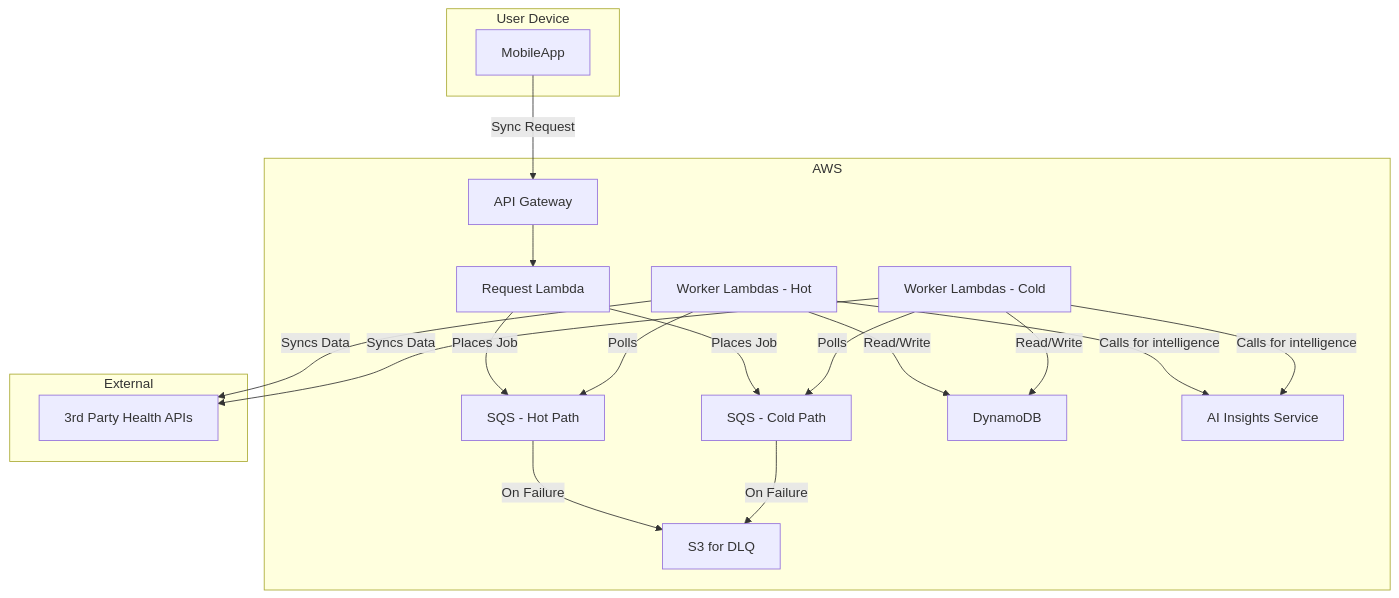
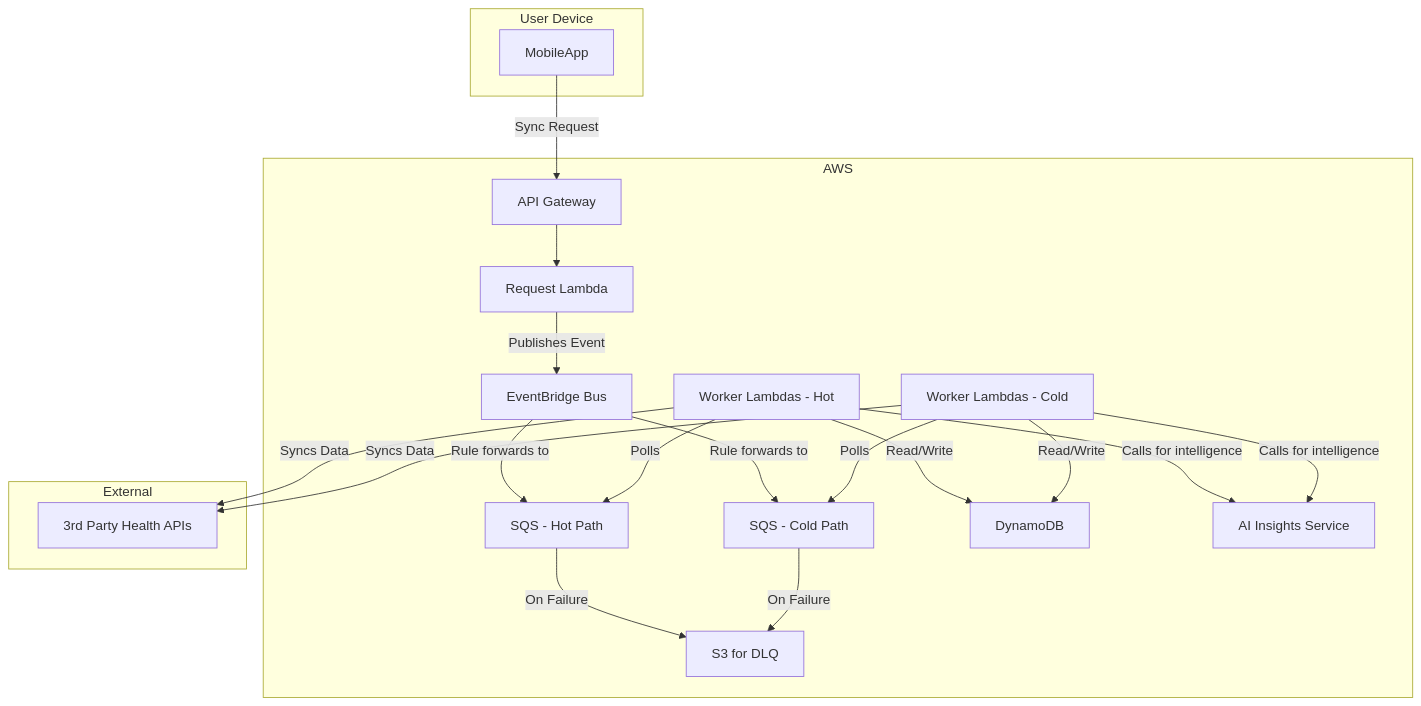
Before and after one commit to dino10bit/healthsync: the first of 3 diagrams in 05-data-sync.md, drawn with Mermaid. The commit also changed other lines of this file and 3 other files, not shown here.

First line of the commit message:
docs: Align PRDs with enhanced architecture

````diff
--- a/05-data-sync.md
+++ b/05-data-sync.md
@@ -102,35 +103,37 @@
 ```mermaid
 graph TD
     subgraph User Device
         MobileApp
     end
     subgraph AWS
         APIGateway[API Gateway]
         RequestLambda[Request Lambda]
+        EventBridge[EventBridge Bus]
         HotQueue[SQS - Hot Path]
         ColdQueue[SQS - Cold Path]
         HotWorkers[Worker Lambdas - Hot]
         ColdWorkers[Worker Lambdas - Cold]
         DynamoDB[DynamoDB]
         DLQ_S3[S3 for DLQ]
         AI_Service[AI Insights Service]
     end
     subgraph External
         ThirdPartyAPIs[3rd Party Health APIs]
     end
 
     MobileApp -- Sync Request --> APIGateway
     APIGateway --> RequestLambda
-    RequestLambda -- Places Job --> HotQueue
-    RequestLambda -- Places Job --> ColdQueue
+    RequestLambda -- Publishes Event --> EventBridge
+    EventBridge -- Rule forwards to --> HotQueue
+    EventBridge -- Rule forwards to --> ColdQueue
     HotWorkers -- Polls --> HotQueue
     ColdWorkers -- Polls --> ColdQueue
     HotWorkers -- Read/Write --> DynamoDB
     ColdWorkers -- Read/Write --> DynamoDB
     HotWorkers -- Syncs Data --> ThirdPartyAPIs
     ColdWorkers -- Syncs Data --> ThirdPartyAPIs
     HotWorkers -- Calls for intelligence --> AI_Service
     ColdWorkers -- Calls for intelligence --> AI_Service
     HotQueue -- On Failure --> DLQ_S3
     ColdQueue -- On Failure --> DLQ_S3
 ```
````
